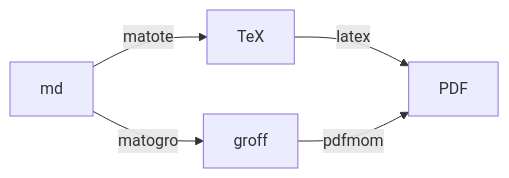
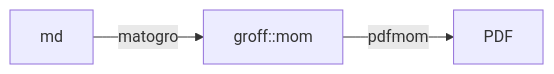
One commit to sschober/mato changed the second of 5 diagrams in README.md. Above: the diagram before and after it, drawn with Mermaid. The commit also changed other lines of this file and 2 other files, not shown here.

````diff
--- a/README.md
+++ b/README.md
@@ -14,5 +14,4 @@
 ```mermaid
 graph LR
-md -- matote --> TeX -- latex --> PDF
-md -- matogro --> groff -- pdfmom --> PDF
+md -- matogro --> groff::mom -- pdfmom --> PDF
 ```
````
